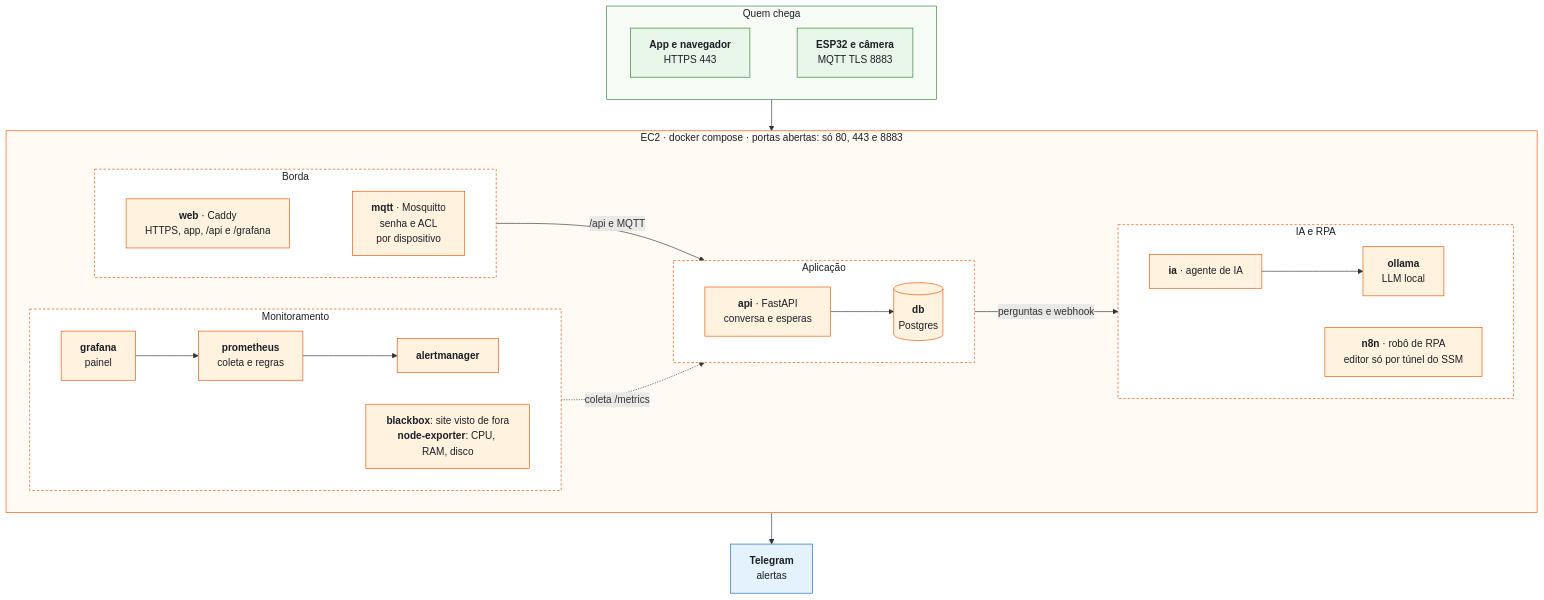
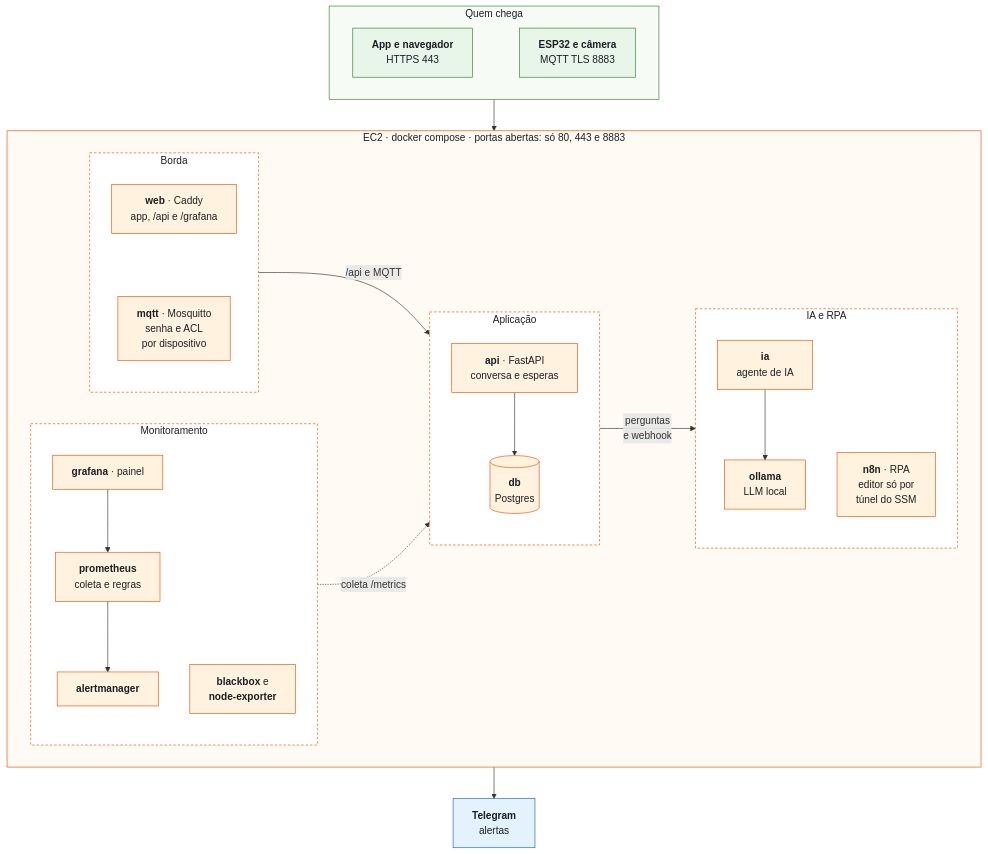
One commit to RodrigoResendeViana/sonar-blind changed the second of 3 diagrams in docs/arquitetura.md. Above: the diagram before and after it, drawn with Mermaid. The commit also changed other lines of this file and 1 other file, not shown here.

Commit message:
docs: diagramas mais estreitos, para ler sem zoom no GitHub

````diff
--- a/docs/arquitetura.md
+++ b/docs/arquitetura.md
@@ -70,49 +70,49 @@
 ```mermaid
 flowchart TB
   subgraph quem["Quem chega"]
     direction LR
     USU["<b>App e navegador</b><br/>HTTPS 443"] ~~~ DISP["<b>ESP32 e câmera</b><br/>MQTT TLS 8883"]
   end
 
   subgraph ec2["EC2 · docker compose · portas abertas: só 80, 443 e 8883"]
     direction LR
     subgraph borda["Borda"]
-      direction LR
-      CADDY["<b>web</b> · Caddy<br/>HTTPS, app, /api e /grafana"] ~~~ MQ["<b>mqtt</b> · Mosquitto<br/>senha e ACL<br/>por dispositivo"]
+      direction TB
+      CADDY["<b>web</b> · Caddy<br/>app, /api e /grafana"] ~~~ MQ["<b>mqtt</b> · Mosquitto<br/>senha e ACL<br/>por dispositivo"]
     end
     subgraph app["Aplicação"]
-      direction LR
+      direction TB
       API["<b>api</b> · FastAPI<br/>conversa e esperas"] --> DB[("<b>db</b><br/>Postgres")]
     end
     subgraph intel["IA e RPA"]
-      direction LR
-      IA["<b>ia</b> · agente de IA"] --> OL["<b>ollama</b><br/>LLM local"]
-      N8["<b>n8n</b> · robô de RPA<br/>editor só por túnel do SSM"]
+      direction TB
+      IA["<b>ia</b><br/>agente de IA"] --> OL["<b>ollama</b><br/>LLM local"]
+      N8["<b>n8n</b> · RPA<br/>editor só por<br/>túnel do SSM"]
     end
     subgraph mon["Monitoramento"]
-      direction LR
-      GRA["<b>grafana</b><br/>painel"] --> PROM["<b>prometheus</b><br/>coleta e regras"] --> AM["<b>alertmanager</b>"]
-      EXP["<b>blackbox</b>: site visto de fora<br/><b>node-exporter</b>: CPU, RAM, disco"]
+      direction TB
+      GRA["<b>grafana</b> · painel"] --> PROM["<b>prometheus</b><br/>coleta e regras"] --> AM["<b>alertmanager</b>"]
+      EXP["<b>blackbox</b> e<br/><b>node-exporter</b>"]
     end
     borda -->|"/api e MQTT"| app
-    app -->|"perguntas e webhook"| intel
+    app -->|"perguntas<br/>e webhook"| intel
     mon -.->|"coleta /metrics"| app
   end
 
   TG["<b>Telegram</b><br/>alertas"]
   quem --> ec2
   mon --> TG
 
   classDef c fill:#fff3e0,stroke:#e65100,color:#1b1f24
   classDef e fill:#e8f5e9,stroke:#2e7d32,color:#1b1f24
   classDef x fill:#e3f2fd,stroke:#1565c0,color:#1b1f24
   class CADDY,MQ,API,DB,IA,OL,N8,GRA,PROM,AM,EXP c
   class USU,DISP e
   class TG x
   style ec2 fill:#fffaf3,stroke:#e65100,color:#1b1f24
   style quem fill:#f6fbf6,stroke:#2e7d32,color:#1b1f24
   style borda fill:#ffffff,stroke:#e65100,stroke-dasharray:4 3,color:#1b1f24
   style app fill:#ffffff,stroke:#e65100,stroke-dasharray:4 3,color:#1b1f24
   style intel fill:#ffffff,stroke:#e65100,stroke-dasharray:4 3,color:#1b1f24
   style mon fill:#ffffff,stroke:#e65100,stroke-dasharray:4 3,color:#1b1f24
 ```
````
